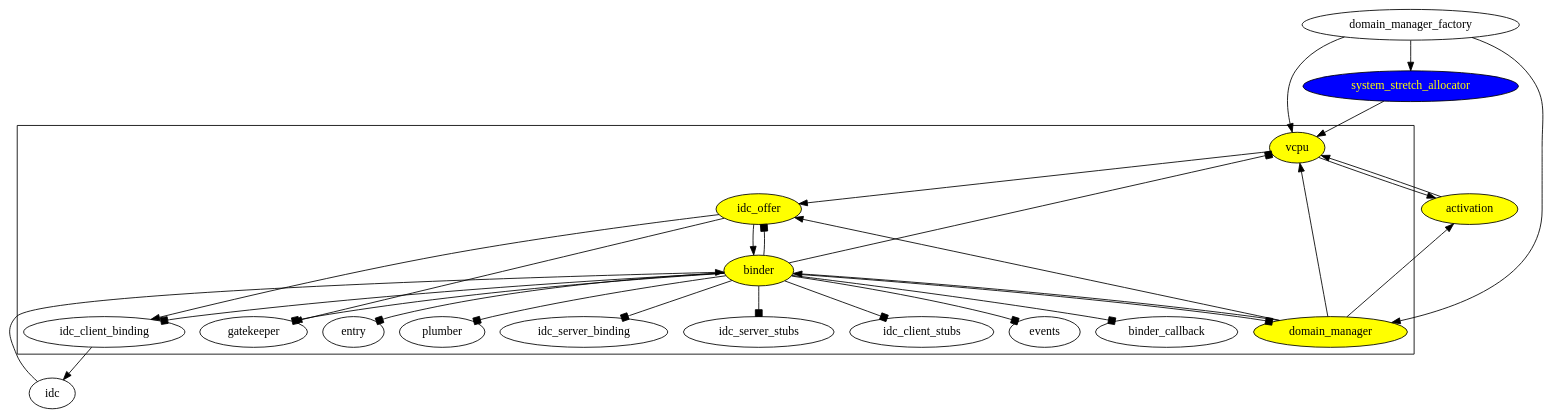
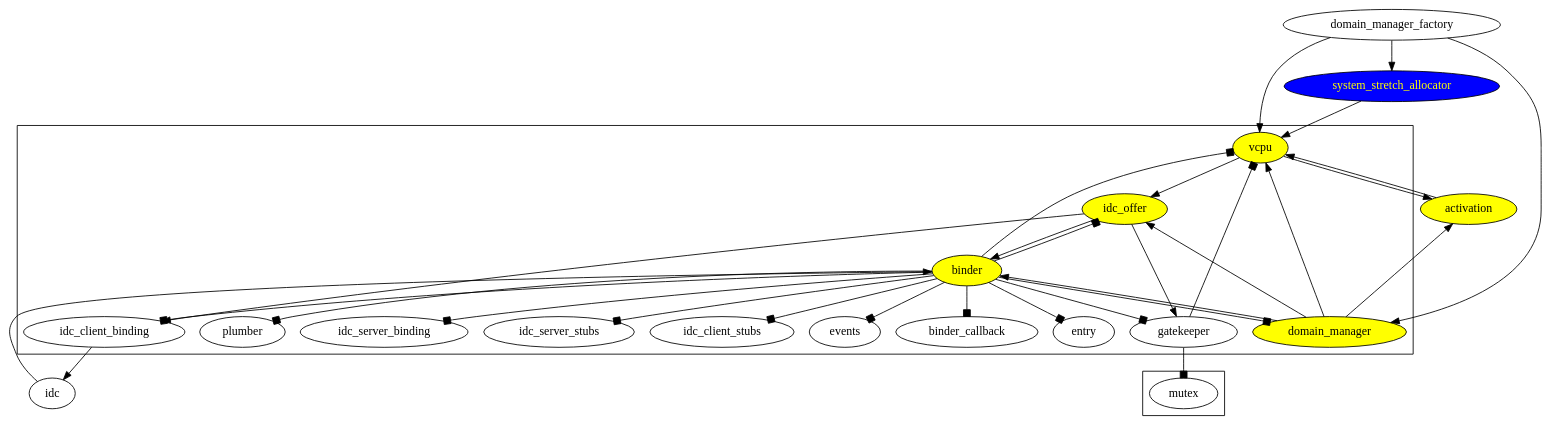
Before and after one commit to metta-systems/metta: the diagram in docs/needs_boot.dot, drawn with Graphviz.

Commit message:
Update runtime dependencies of gatekeeper

```diff
--- a/docs/needs_boot.dot
+++ b/docs/needs_boot.dot
@@ -1,42 +1,47 @@
 digraph {
 	vcpu [style=filled,fillcolor=yellow,color=black,fontcolor=black];
 	domain_manager [style=filled,fillcolor=yellow,color=black,fontcolor=black];
 	binder [style=filled,fillcolor=yellow,color=black,fontcolor=black];
 	idc_offer [style=filled,fillcolor=yellow,color=black,fontcolor=black];
 	activation [style=filled,fillcolor=yellow,color=black,fontcolor=black];
 	system_stretch_allocator [style=filled,fillcolor=blue,color=black,fontcolor=yellow];
 
 # Interface dependencies
 	activation -> vcpu;
 	domain_manager -> activation;
 	domain_manager -> vcpu;
 	domain_manager -> idc_offer;
 	domain_manager -> binder;
 	domain_manager_factory -> system_stretch_allocator;
 	domain_manager_factory -> domain_manager;
 	domain_manager_factory -> vcpu;
 	idc -> binder;
 	idc_client_binding -> idc;
 	idc_offer -> binder;
 	idc_offer -> idc_client_binding;
 	idc_offer -> gatekeeper;
 	system_stretch_allocator -> vcpu;
 	vcpu -> activation;
 	vcpu -> idc_offer;
 
 # Implementation dependencies (arrowhead = box)
 	subgraph cluster_binder_impl {
 		binder -> vcpu [arrowhead=box];
 		binder -> plumber [arrowhead=box];
 		binder -> idc_offer [arrowhead=box];
 		binder -> idc_client_binding [arrowhead=box];
 		binder -> idc_server_binding [arrowhead=box];
 		binder -> idc_server_stubs [arrowhead=box];
 		binder -> idc_client_stubs [arrowhead=box];
 		binder -> events [arrowhead=box];
 		binder -> binder_callback [arrowhead=box];
 		binder -> domain_manager [arrowhead=box];
 		binder -> gatekeeper [arrowhead=box];
 		binder -> entry [arrowhead=box];
 	}
+
+	subgraph cluster_gatekeeper_impl {
+		gatekeeper -> vcpu [arrowhead=box];
+		gatekeeper -> mutex [arrowhead=box];
+	}
 }
```
